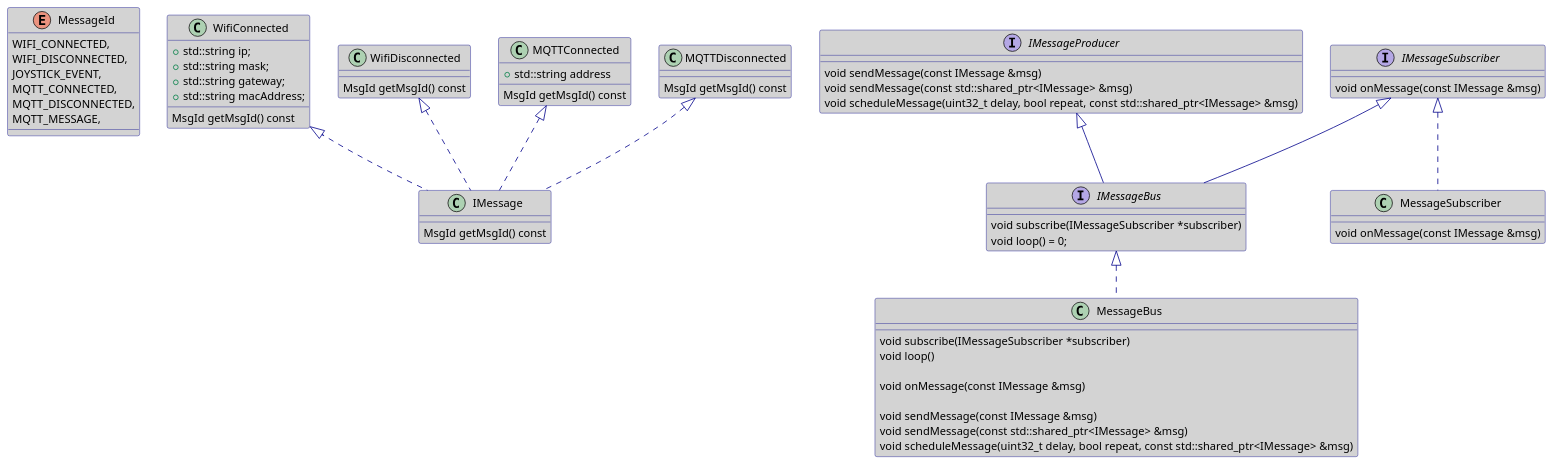
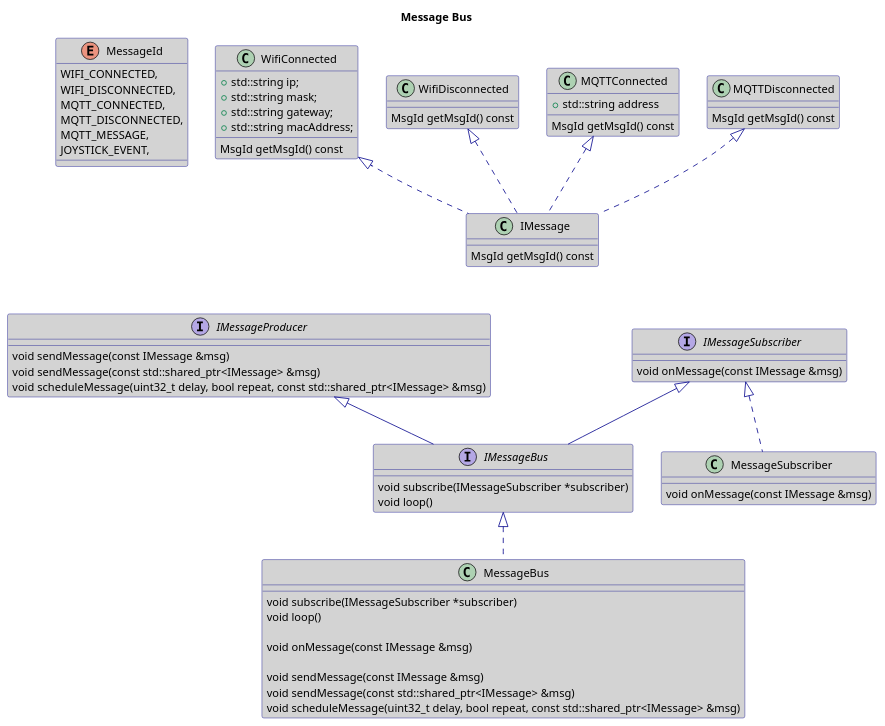
One commit to darvik80/esp32-core changed the diagram in MessageBus.puml. Above: the diagram before and after it, drawn with PlantUML.

```diff
--- a/MessageBus.puml
+++ b/MessageBus.puml
@@ -1,89 +1,93 @@
 @startuml
 'https://plantuml.com/class-diagram
 
 skinparam backgroundcolor White
 skinparam classBackgroundColor LightGray
 skinparam arrowColor DarkBlue
 skinparam classBorderColor DarkBlue
 
+title Message Bus
+
 enum MessageId {
     WIFI_CONNECTED,
     WIFI_DISCONNECTED,
-    JOYSTICK_EVENT,
     MQTT_CONNECTED,
     MQTT_DISCONNECTED,
     MQTT_MESSAGE,
+    JOYSTICK_EVENT,
 }
 
 class IMessage {
     MsgId getMsgId() const
 }
 
 class WifiConnected {
     +std::string ip;
     +std::string mask;
     +std::string gateway;
     +std::string macAddress;
 
     MsgId getMsgId() const
 }
 
 WifiConnected <|.. IMessage
 
 class WifiDisconnected {
     MsgId getMsgId() const
 }
 
 WifiDisconnected <|.. IMessage
 
 class MQTTConnected {
     +std::string address
     MsgId getMsgId() const
 }
 
 MQTTConnected <|.. IMessage
 
 class MQTTDisconnected {
     MsgId getMsgId() const
 }
 
 MQTTDisconnected <|.. IMessage
 
 interface IMessageSubscriber {
     void onMessage(const IMessage &msg)
 }
 
 interface IMessageProducer {
     void sendMessage(const IMessage &msg)
     void sendMessage(const std::shared_ptr<IMessage> &msg)
     void scheduleMessage(uint32_t delay, bool repeat, const std::shared_ptr<IMessage> &msg)
 }
 
 interface IMessageBus {
     void subscribe(IMessageSubscriber *subscriber)
-    void loop() = 0;
+    void loop()
 }
 
 IMessageProducer <|-- IMessageBus
 IMessageSubscriber <|-- IMessageBus
 
 class MessageSubscriber {
     void onMessage(const IMessage &msg)
 }
 
 IMessageSubscriber <|.. MessageSubscriber
 
 class MessageBus {
     void subscribe(IMessageSubscriber *subscriber)
     void loop()
 
     void onMessage(const IMessage &msg)
 
     void sendMessage(const IMessage &msg)
     void sendMessage(const std::shared_ptr<IMessage> &msg)
     void scheduleMessage(uint32_t delay, bool repeat, const std::shared_ptr<IMessage> &msg)
 }
 
 IMessageBus <|.. MessageBus
 
+IMessage --d[hidden]-> IMessageBus
+
 @enduml
```
